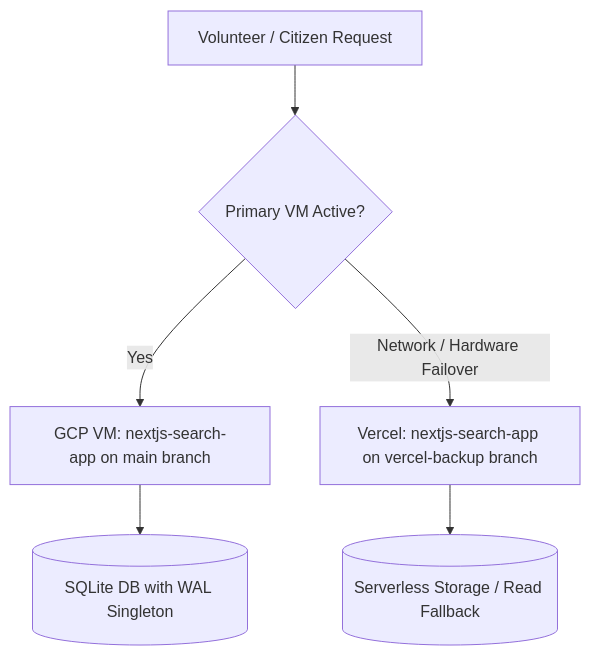
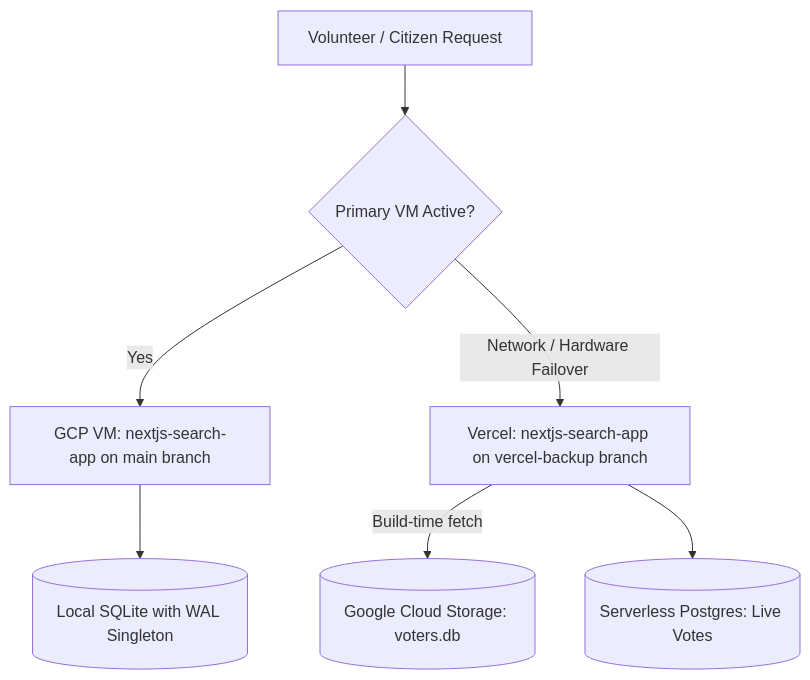
Before and after one commit to Shubhamagarwal2073/voter-search-app: the diagram in README.md, drawn with Mermaid. The commit also changed other lines of this file, not shown here.

Commit message:
docs: update root README with automated GCS database fetch and Vercel setup details

````diff
--- a/README.md
+++ b/README.md
@@ -32,9 +32,10 @@
 ```mermaid
 graph TD
     A[Volunteer / Citizen Request] --> B{Primary VM Active?}
     B -->|Yes| C[GCP VM: nextjs-search-app on main branch]
     B -->|Network / Hardware Failover| D[Vercel: nextjs-search-app on vercel-backup branch]
     
-    C --> E[(SQLite DB with WAL Singleton)]
-    D --> F[(Serverless Storage / Read Fallback)]
+    C --> E[(Local SQLite with WAL Singleton)]
+    D -->|Build-time fetch| G[(Google Cloud Storage: voters.db)]
+    D --> F[(Serverless Postgres: Live Votes)]
 ```
````
